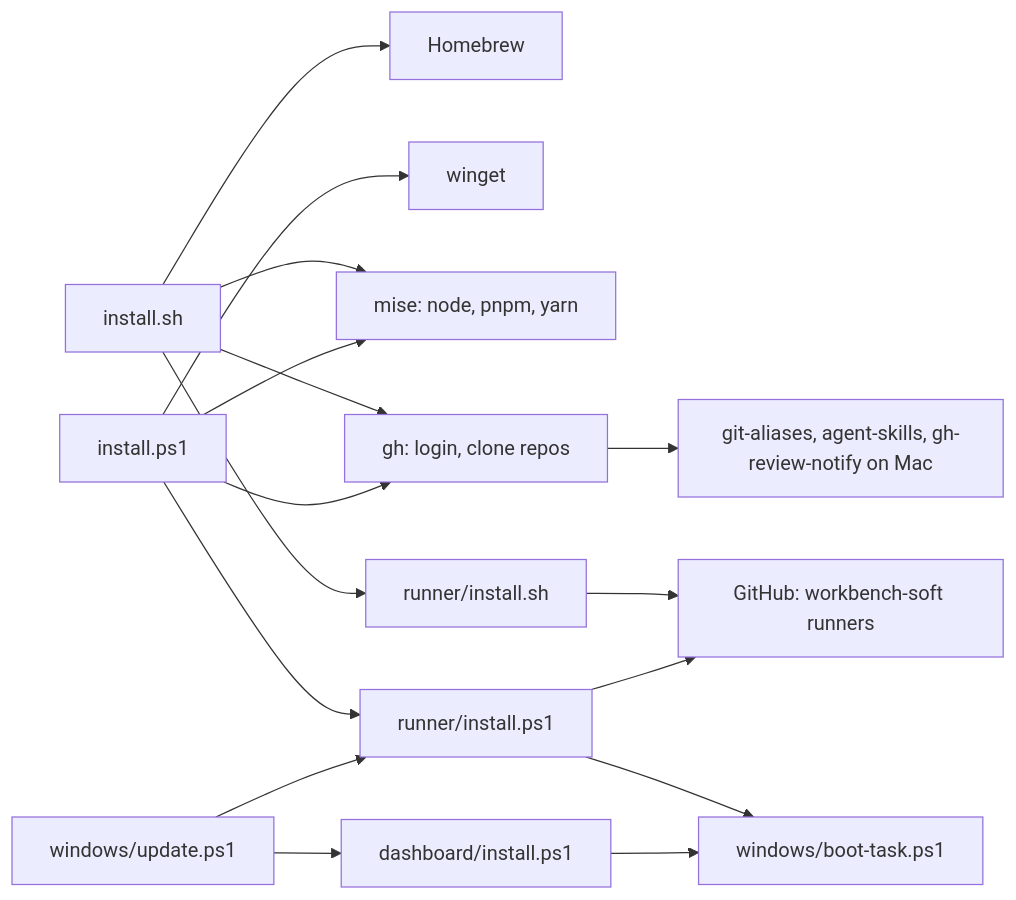
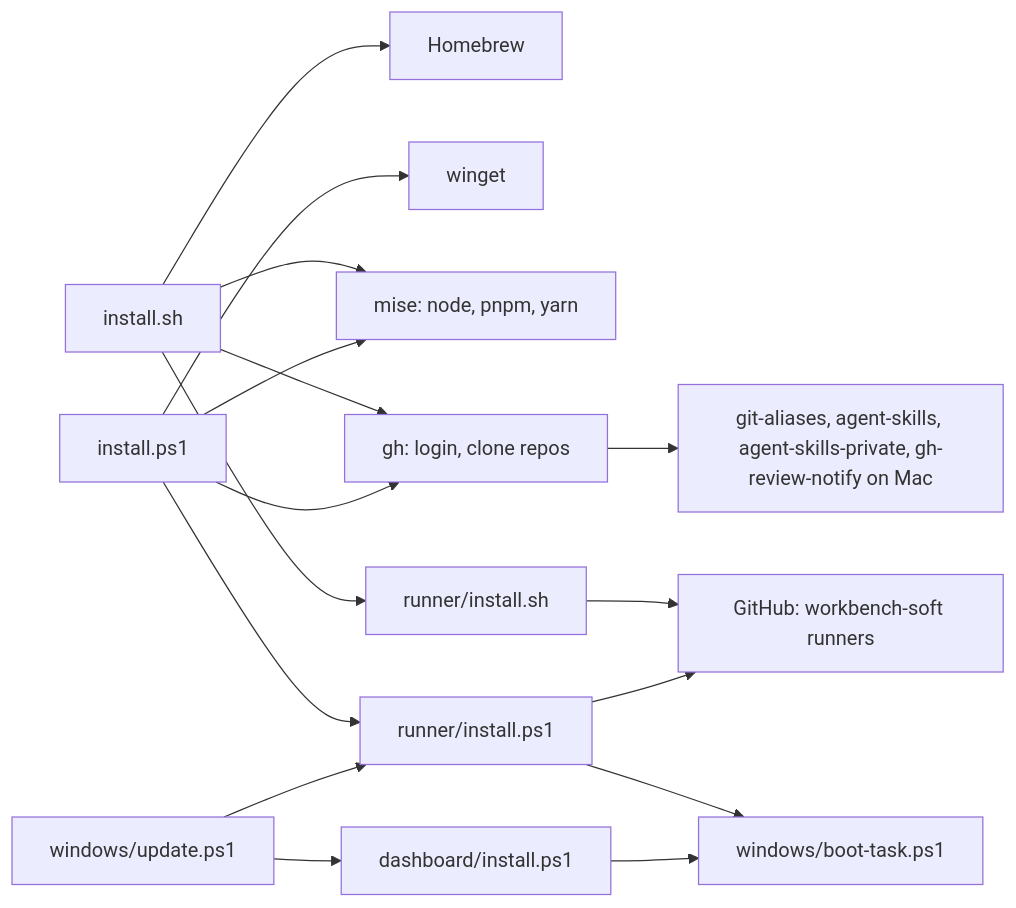
One commit to workbench-soft/local-ci changed the first of 6 diagrams in docs/architecture.md. Above: the diagram before and after it, drawn with Mermaid. The commit also changed 5 other files, not shown here.

Commit message:
install: add agent-skills-private for accounts that can read it

````diff
--- a/docs/architecture.md
+++ b/docs/architecture.md
@@ -49,13 +49,13 @@
 ```mermaid
 flowchart LR
   sh[install.sh] --> brew[Homebrew]
   ps[install.ps1] --> winget[winget]
   sh & ps --> mise[mise: node, pnpm, yarn]
   sh & ps --> gh[gh: login, clone repos]
-  gh --> repos[git-aliases, agent-skills, gh-review-notify on Mac]
+  gh --> repos[git-aliases, agent-skills, agent-skills-private, gh-review-notify on Mac]
   sh --> rsh[runner/install.sh]
   ps --> rps[runner/install.ps1]
   rps & dps[dashboard/install.ps1] --> boot[windows/boot-task.ps1]
   upd[windows/update.ps1] --> dps & rps
   rsh & rps --> gha[GitHub: workbench-soft runners]
 ```
````
